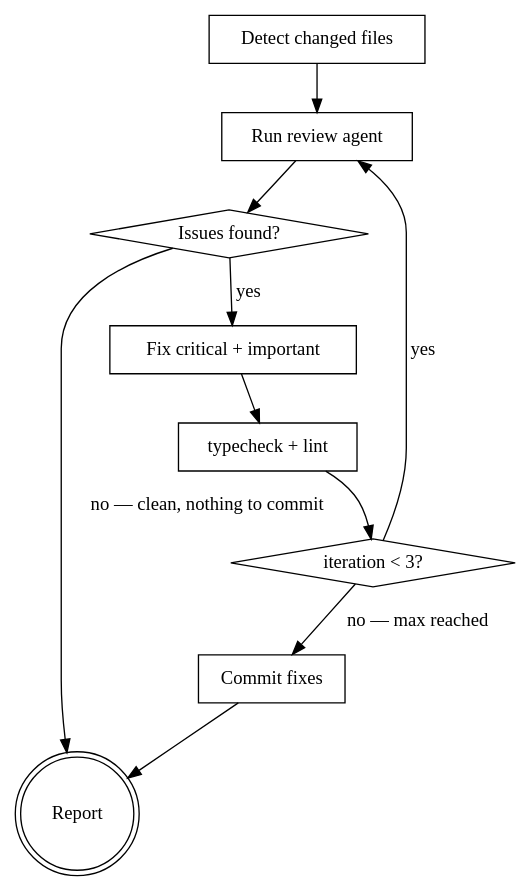
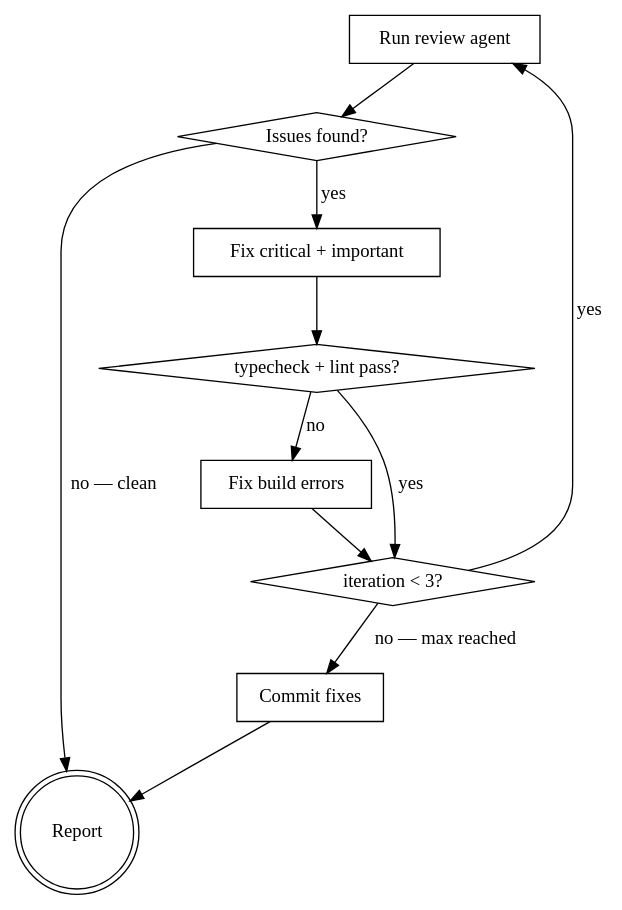
One commit to UiPath/uipath-typescript changed the diagram in .claude/skills/sdk-review/SKILL.md. Above: the diagram before and after it, drawn with Graphviz. The commit also changed other lines of this file, not shown here.

First line of the commit message:
refactor(sdk-review): improve skill based on skill-judge evaluation

````diff
--- a/.claude/skills/sdk-review/SKILL.md
+++ b/.claude/skills/sdk-review/SKILL.md
@@ -26,22 +28,23 @@
 ```dot
 digraph review_loop {
-    "Detect changed files" [shape=box];
     "Run review agent" [shape=box];
     "Issues found?" [shape=diamond];
     "Fix critical + important" [shape=box];
-    "typecheck + lint" [shape=box];
+    "typecheck + lint pass?" [shape=diamond];
+    "Fix build errors" [shape=box];
     "iteration < 3?" [shape=diamond];
     "Commit fixes" [shape=box];
     "Report" [shape=doublecircle];
 
-    "Detect changed files" -> "Run review agent";
     "Run review agent" -> "Issues found?";
-    "Issues found?" -> "Report" [label="no — clean, nothing to commit"];
+    "Issues found?" -> "Report" [label="no — clean"];
     "Issues found?" -> "Fix critical + important" [label="yes"];
-    "Fix critical + important" -> "typecheck + lint";
-    "typecheck + lint" -> "iteration < 3?";
+    "Fix critical + important" -> "typecheck + lint pass?";
+    "typecheck + lint pass?" -> "iteration < 3?" [label="yes"];
+    "typecheck + lint pass?" -> "Fix build errors" [label="no"];
+    "Fix build errors" -> "iteration < 3?";
     "iteration < 3?" -> "Run review agent" [label="yes"];
     "iteration < 3?" -> "Commit fixes" [label="no — max reached"];
     "Commit fixes" -> "Report";
 }
 ```
````
